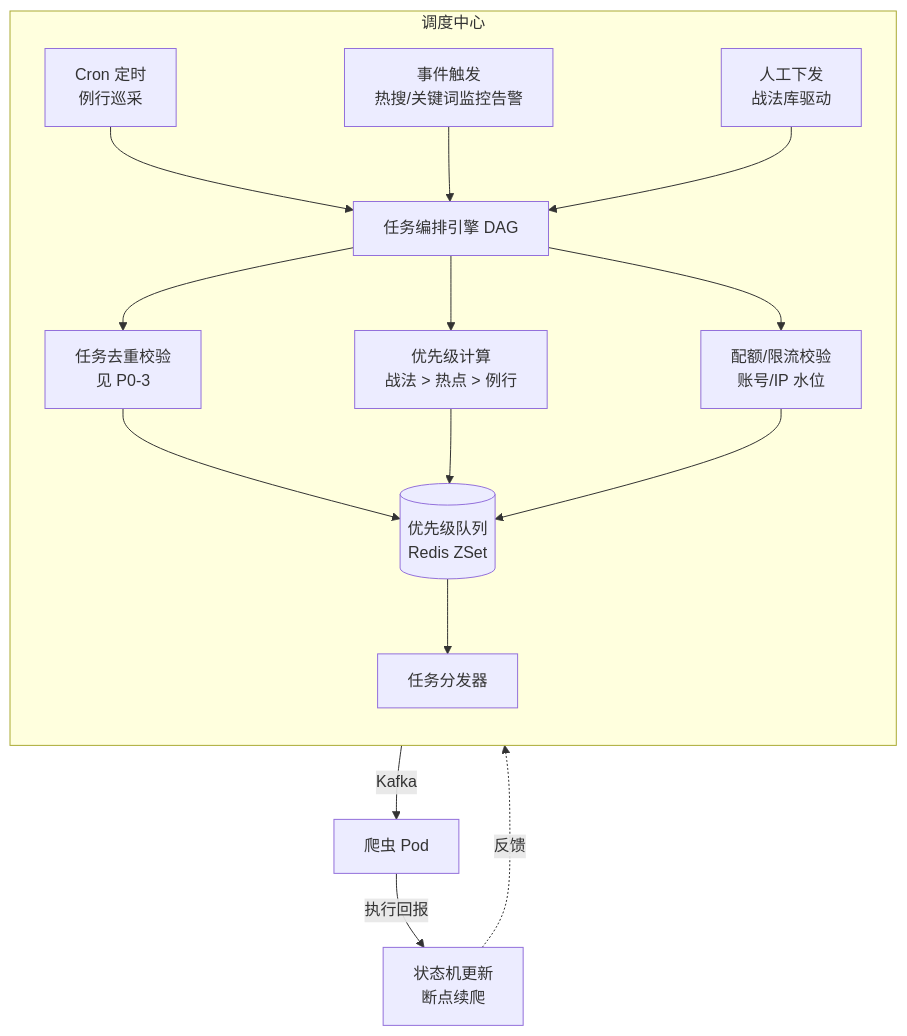
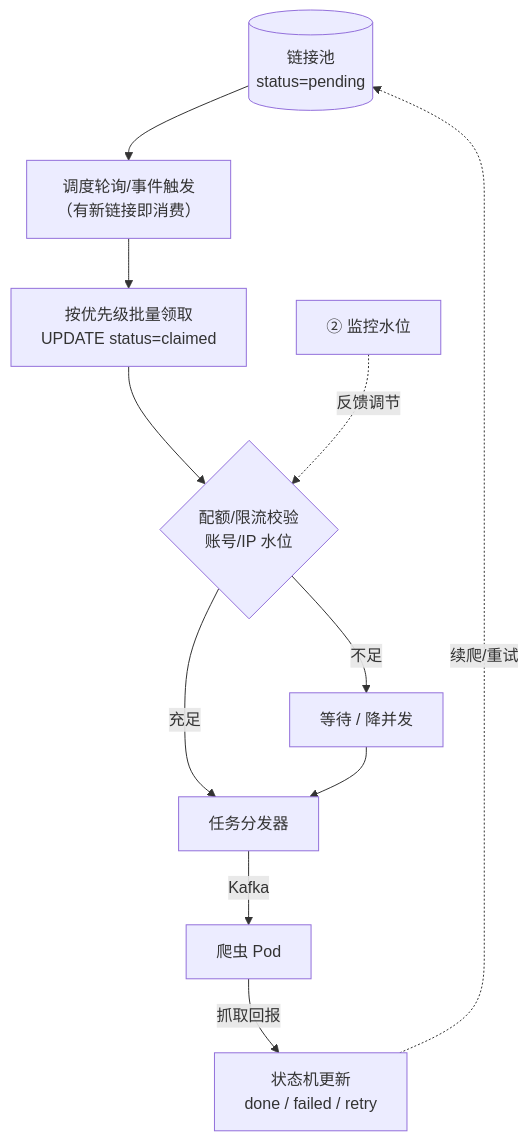
Before and after one commit to Sj-g/obsidian: the third of 6 diagrams in 公司项目/认知作战/软件概要设计简述.md, drawn with Mermaid. The commit also changed other lines of this file, not shown here.

````diff
--- a/公司项目/认知作战/软件概要设计简述.md
+++ b/公司项目/认知作战/软件概要设计简述.md
@@ -71,22 +142,13 @@
 ```mermaid
 flowchart TB
-    subgraph SCH["调度中心"]
-        direction TB
-        T1["Cron 定时<br/>例行巡采"]
-        T2["事件触发<br/>热搜/关键词监控告警"]
-        T3["人工下发<br/>战法库驱动"]
-        T1 --> ENG
-        T2 --> ENG
-        T3 --> ENG
-        ENG["任务编排引擎 DAG"] --> DEDUP["任务去重校验<br/>见 P0-3"]
-        ENG --> PRIO["优先级计算<br/>战法 &gt; 热点 &gt; 例行"]
-        ENG --> QUOTA["配额/限流校验<br/>账号/IP 水位"]
-        DEDUP --> Q[("优先级队列<br/>Redis ZSet")]
-        PRIO --> Q
-        QUOTA --> Q
-        Q --> DISP["任务分发器"]
-    end
+    LP[("链接池<br/>status=pending")] --> POLL["调度轮询/事件触发<br/>（有新链接即消费）"]
+    POLL --> FETCH["按优先级批量领取<br/>UPDATE status=claimed"]
+    FETCH --> QUOTA{"配额/限流校验<br/>账号/IP 水位"}
+    QUOTA -->|"不足"| WAIT["等待 / 降并发"]
+    QUOTA -->|"充足"| DISP["任务分发器"]
+    WAIT --> DISP
     DISP -->|"Kafka"| POD["爬虫 Pod"]
-    POD -->|"执行回报"| SM["状态机更新<br/>断点续爬"]
-    SM -.->|"反馈"| ENG
+    POD -->|"抓取回报"| SM["状态机更新<br/>done / failed / retry"]
+    SM -.->|"续爬/重试"| LP
+    MON2["② 监控水位"] -.->|"反馈调节"| QUOTA
 ```
````
